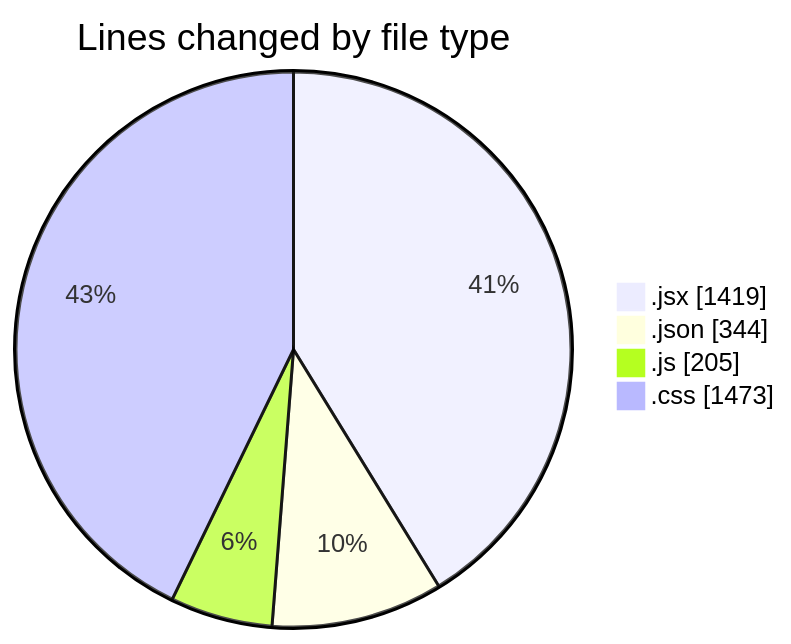
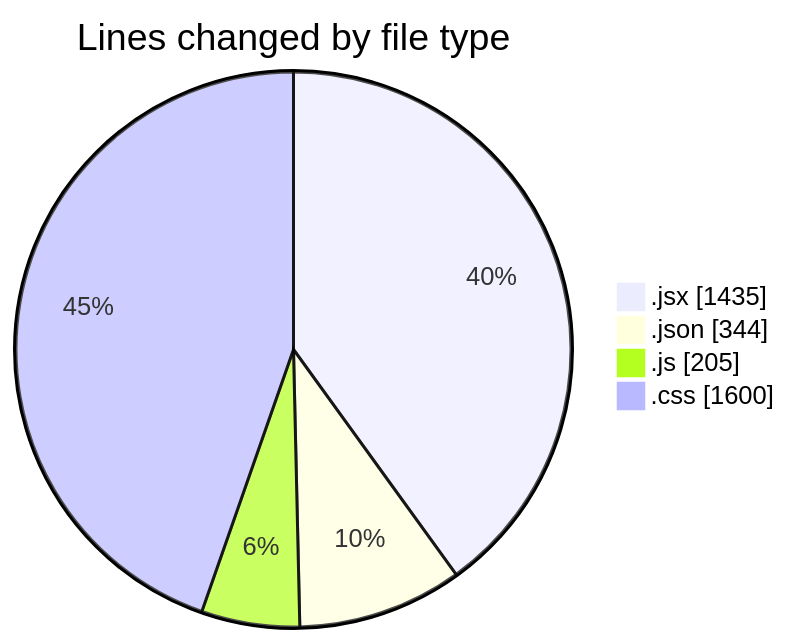
The first of 2 diagrams in 2025-05-04/project/README.md (BS-eng2023/code-tracking), drawn with Mermaid before and after one commit. The commit also changed other lines of this file and 1 other file, not shown here.

````diff
--- a/2025-05-04/project/README.md
+++ b/2025-05-04/project/README.md
@@ -39,8 +40,8 @@
 ```mermaid
 pie showData
 title Lines changed by file type
-".jsx" : 1419
+".jsx" : 1435
 ".json" : 344
 ".js" : 205
-".css" : 1473
+".css" : 1600
 ```
````
